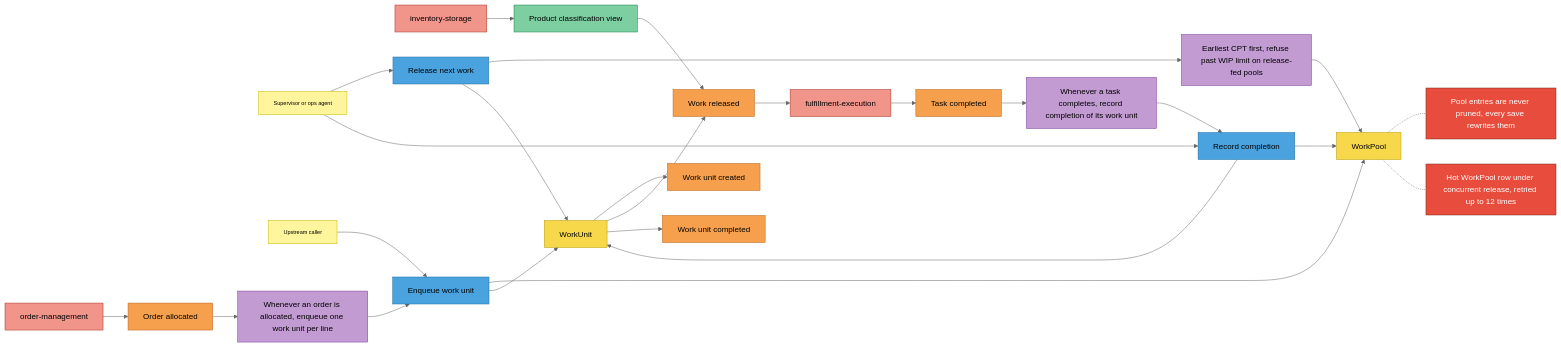
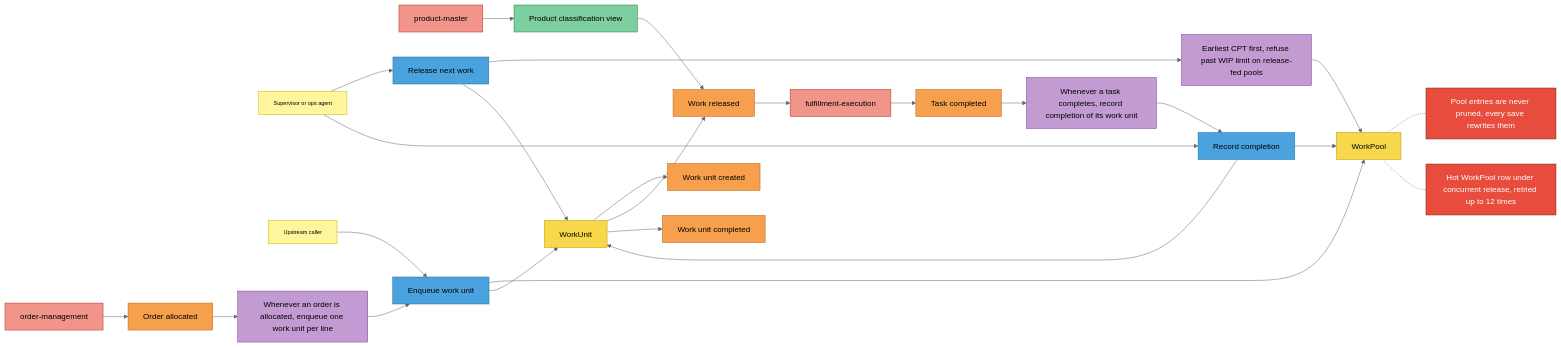
The third of 4 diagrams in docs/contexts/wes-work-planning/eventstorming.md (IQVO/warehouse-docs), drawn with Mermaid (neutral theme) before and after one commit. The commit also changed other lines of this file and 118 other files, not shown here.

````diff
--- a/docs/contexts/wes-work-planning/eventstorming.md
+++ b/docs/contexts/wes-work-planning/eventstorming.md
@@ -93,54 +93,54 @@
 ```mermaid
 flowchart LR
     OM["order-management"]:::external
     Sup["Supervisor or ops agent"]:::actor
-    INV["inventory-storage"]:::external
+    PM["product-master"]:::external
     FE["fulfillment-execution"]:::external
     Caller["Upstream caller"]:::actor
 
     EO["Order allocated"]:::event
     P1["Whenever an order is allocated, enqueue one work unit per line"]:::policy
     C1["Enqueue work unit"]:::command
     A1["WorkPool"]:::aggregate
     A2["WorkUnit"]:::aggregate
     E1["Work unit created"]:::event
 
     C2["Release next work"]:::command
     P2["Earliest CPT first, refuse past WIP limit on release-fed pools"]:::policy
     E2["Work released"]:::event
     R1["Product classification view"]:::readmodel
 
     ET["Task completed"]:::event
     P3["Whenever a task completes, record completion of its work unit"]:::policy
     C3["Record completion"]:::command
     E3["Work unit completed"]:::event
 
     H1["Pool entries are never pruned, every save rewrites them"]:::hotspot
     H2["Hot WorkPool row under concurrent release, retried up to 12 times"]:::hotspot
 
     OM --> EO --> P1 --> C1
     Caller --> C1
     C1 --> A1
     C1 --> A2 --> E1
     Sup --> C2 --> P2 --> A1
     C2 --> A2
     A2 --> E2
-    INV --> R1 --> E2
+    PM --> R1 --> E2
     E2 --> FE
     FE --> ET --> P3 --> C3
     Sup --> C3
     C3 --> A2
     C3 --> A1
     A2 --> E3
     A1 -.- H1
     A1 -.- H2
 
     classDef actor fill:#fff59d,stroke:#c9b800,color:#000,font-size:11px
     classDef command fill:#4aa3df,stroke:#1f6f9f,color:#000
     classDef aggregate fill:#f7d84a,stroke:#b59a00,color:#000
     classDef event fill:#f6a04d,stroke:#b8651b,color:#000
     classDef policy fill:#c39bd3,stroke:#7d3c98,color:#000
     classDef readmodel fill:#7dcea0,stroke:#1e8449,color:#000
     classDef external fill:#f1948a,stroke:#a93226,color:#000
     classDef hotspot fill:#e74c3c,stroke:#78281f,color:#fff
 ```
````
